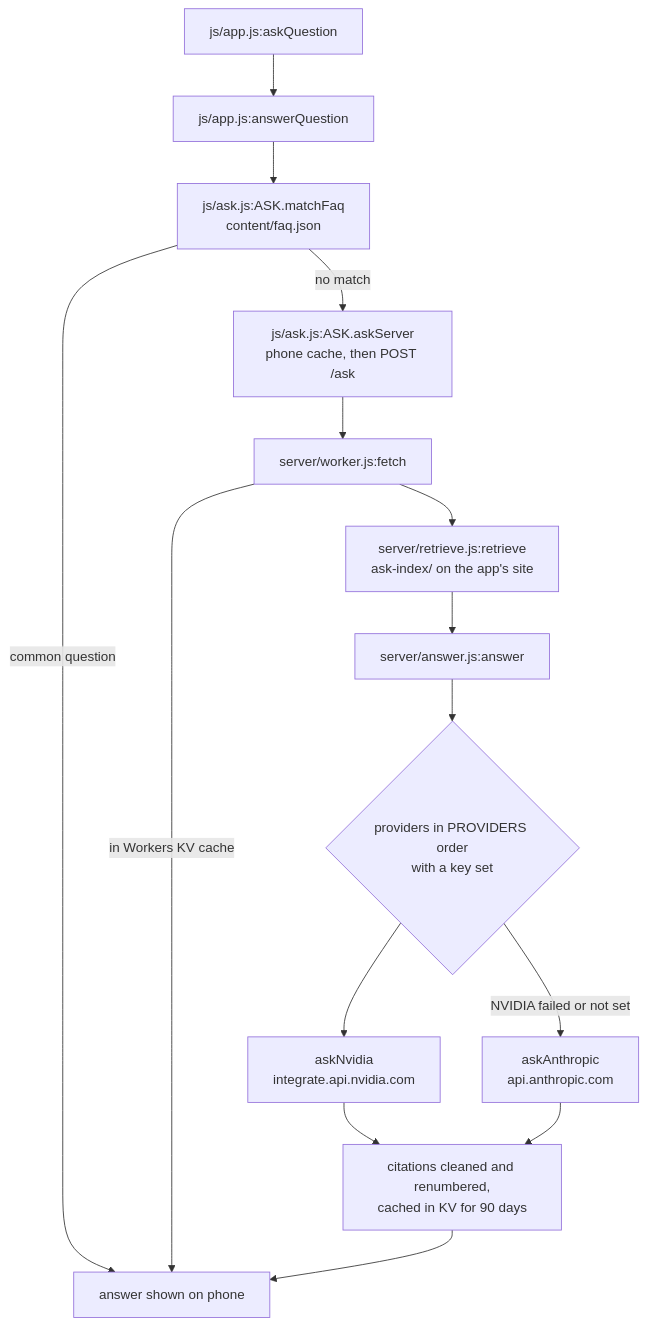
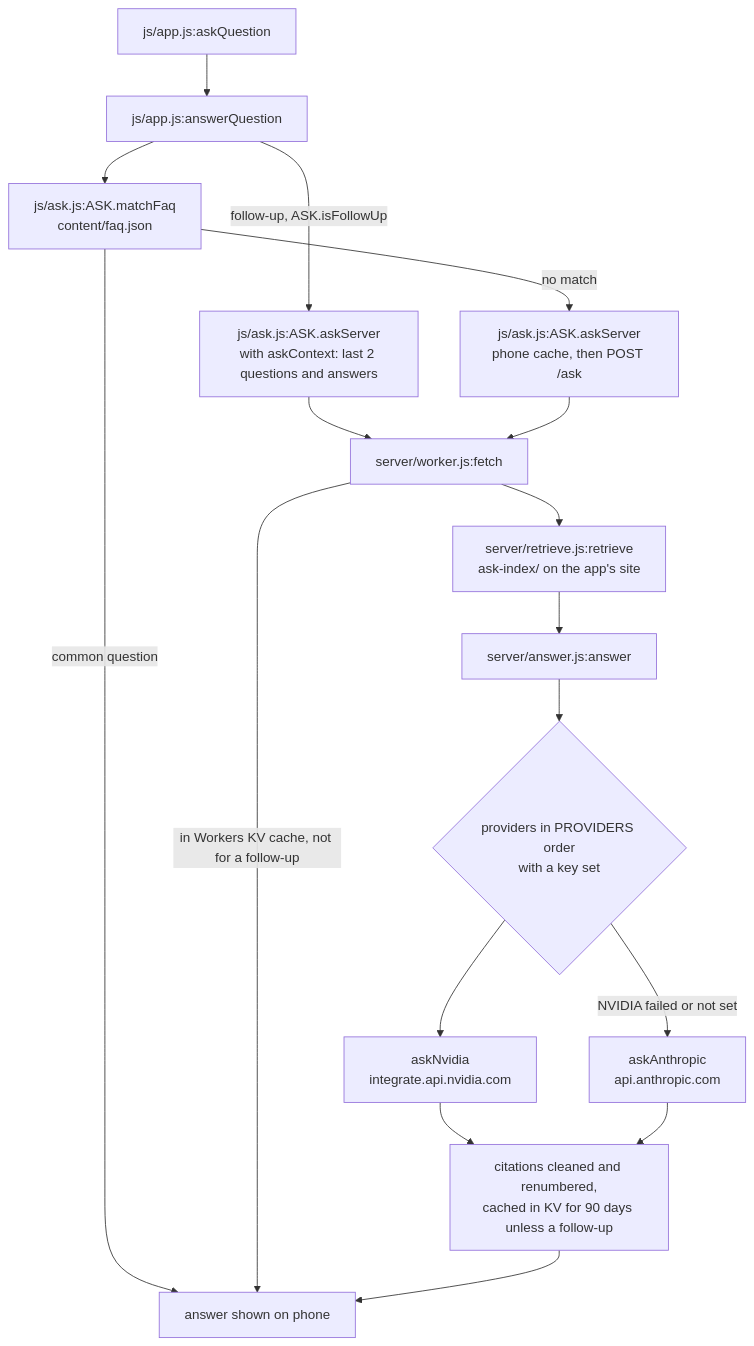
Before and after one commit to arjavtongia/swadhyay: the diagram in flow.md, drawn with Mermaid. The commit also changed other lines of this file and 8 other files, not shown here.

First line of the commit message:
Answer Ask follow-ups in the light of the conversation

````diff
--- a/flow.md
+++ b/flow.md
@@ -61,17 +61,19 @@
 ```mermaid
 flowchart TD
   Q[js/app.js:askQuestion] --> A[js/app.js:answerQuestion]
+  A -- follow-up, ASK.isFollowUp --> S2[js/ask.js:ASK.askServer<br/>with askContext: last 2 questions and answers]
+  S2 --> W
   A --> F[js/ask.js:ASK.matchFaq<br/>content/faq.json]
   F -- common question --> Done[answer shown on phone]
   F -- no match --> S[js/ask.js:ASK.askServer<br/>phone cache, then POST /ask]
   S --> W[server/worker.js:fetch]
-  W -- in Workers KV cache --> Done
+  W -- in Workers KV cache, not for a follow-up --> Done
   W --> R[server/retrieve.js:retrieve<br/>ask-index/ on the app's site]
   R --> M[server/answer.js:answer]
   M --> P{providers in PROVIDERS order<br/>with a key set}
   P --> N[askNvidia<br/>integrate.api.nvidia.com]
   P -- NVIDIA failed or not set --> C[askAnthropic<br/>api.anthropic.com]
-  N --> K[citations cleaned and renumbered,<br/>cached in KV for 90 days]
+  N --> K[citations cleaned and renumbered,<br/>cached in KV for 90 days unless a follow-up]
   C --> K
   K --> Done
 ```
````
